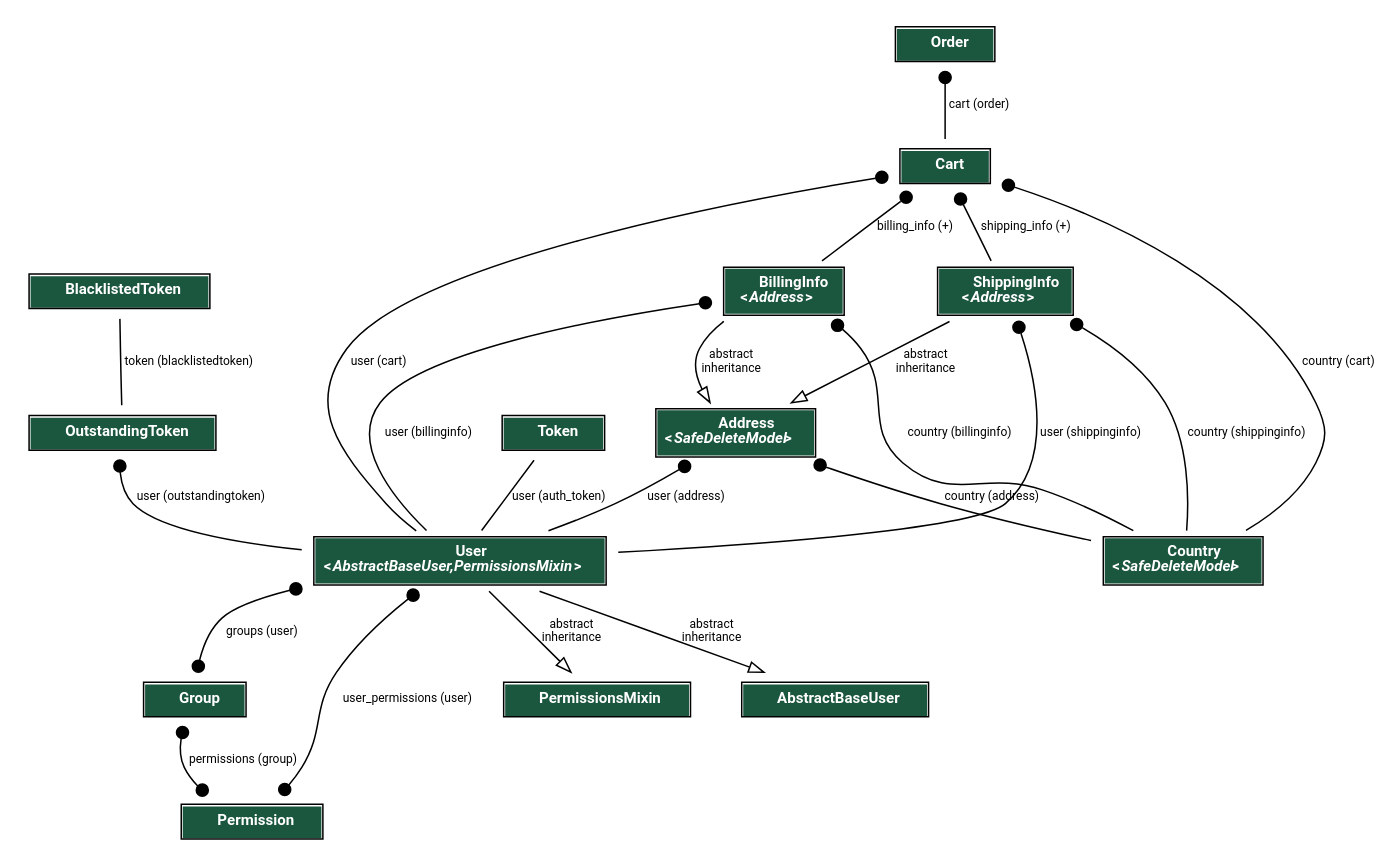
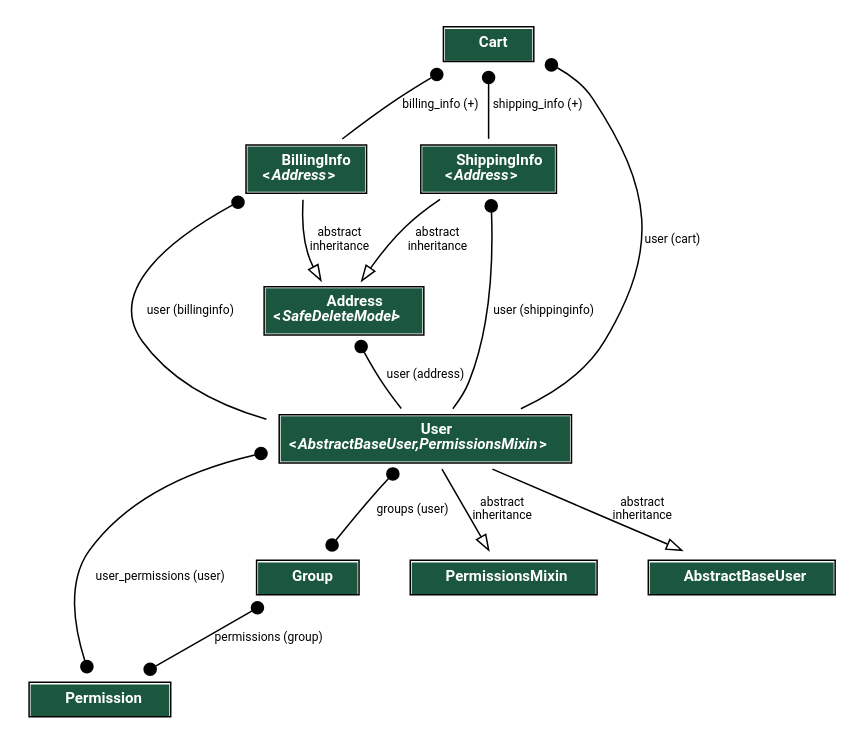
One commit to ecoseller/ecoseller changed the diagram in dev_docs/models/user.dot. Above: the diagram before and after it, drawn with Graphviz. The commit also changed 2 other files, not shown here.

Commit message:
Prog layout change + user model

```diff
--- a/dev_docs/models/user.dot
+++ b/dev_docs/models/user.dot
@@ -59,15 +59,6 @@
      </TABLE>
     >]
 
-  country_models_Country [label=<
-    <TABLE BGCOLOR="white" BORDER="1" CELLBORDER="0" CELLSPACING="0">
-    <TR><TD COLSPAN="2" CELLPADDING="5" ALIGN="CENTER" BGCOLOR="#1b563f">
-    <FONT FACE="Roboto" COLOR="white" POINT-SIZE="10"><B>
-    Country<BR/>&lt;<FONT FACE="Roboto"><I>SafeDeleteModel</I></FONT>&gt;
-    </B></FONT></TD></TR>
-    </TABLE>
-    >]
-
   country_models_BillingInfo [label=<
     <TABLE BGCOLOR="white" BORDER="1" CELLBORDER="0" CELLSPACING="0">
     <TR><TD COLSPAN="2" CELLPADDING="5" ALIGN="CENTER" BGCOLOR="#1b563f">
@@ -86,14 +77,6 @@
     </TABLE>
     >]
 
-  order_models_Order [label=<
-    <TABLE BGCOLOR="white" BORDER="1" CELLBORDER="0" CELLSPACING="0">
-    <TR><TD COLSPAN="2" CELLPADDING="5" ALIGN="CENTER" BGCOLOR="#1b563f">
-    <FONT FACE="Roboto" COLOR="white" POINT-SIZE="10"><B>
-    Order
-    </B></FONT></TD></TR>
-   </TABLE>
-    >]
 
   django_contrib_auth_models_PermissionsMixin [label=<
     <TABLE BGCOLOR="white" BORDER="1" CELLBORDER="0" CELLSPACING="0">
@@ -122,42 +105,12 @@
     </TABLE>
     >]
 
-  rest_framework_authtoken_models_Token [label=<
-    <TABLE BGCOLOR="white" BORDER="1" CELLBORDER="0" CELLSPACING="0">
-    <TR><TD COLSPAN="2" CELLPADDING="5" ALIGN="CENTER" BGCOLOR="#1b563f">
-    <FONT FACE="Roboto" COLOR="white" POINT-SIZE="10"><B>
-    Token
-    </B></FONT></TD></TR>
-   </TABLE>
-    >]
-
-  rest_framework_simplejwt_token_blacklist_models_OutstandingToken [label=<
-    <TABLE BGCOLOR="white" BORDER="1" CELLBORDER="0" CELLSPACING="0">
-    <TR><TD COLSPAN="2" CELLPADDING="5" ALIGN="CENTER" BGCOLOR="#1b563f">
-    <FONT FACE="Roboto" COLOR="white" POINT-SIZE="10"><B>
-    OutstandingToken
-    </B></FONT></TD></TR>
-    </TABLE>
-    >]
-
-  rest_framework_simplejwt_token_blacklist_models_BlacklistedToken [label=<
-    <TABLE BGCOLOR="white" BORDER="1" CELLBORDER="0" CELLSPACING="0">
-    <TR><TD COLSPAN="2" CELLPADDING="5" ALIGN="CENTER" BGCOLOR="#1b563f">
-    <FONT FACE="Roboto" COLOR="white" POINT-SIZE="10"><B>
-    BlacklistedToken
-    </B></FONT></TD></TR>
-    </TABLE>
-    >]
-
 
   // Relations
   django_contrib_auth_models_Group -> django_contrib_auth_models_Permission
   [label=" permissions (group)"] [arrowhead=dot arrowtail=dot, dir=both];
 
 
-
-  cart_models_Cart -> country_models_Country
-  [label=" country (cart)"] [arrowhead=none, arrowtail=dot, dir=both];
 
 
   cart_models_Cart -> user_models_User
@@ -171,20 +124,14 @@
 
 
 
-
   country_models_Address -> user_models_User
   [label=" user (address)"] [arrowhead=none, arrowtail=dot, dir=both];
-
-  country_models_Address -> country_models_Country
-  [label=" country (address)"] [arrowhead=none, arrowtail=dot, dir=both];
 
 
 
   country_models_BillingInfo -> user_models_User
   [label=" user (billinginfo)"] [arrowhead=none, arrowtail=dot, dir=both];
 
-  country_models_BillingInfo -> country_models_Country
-  [label=" country (billinginfo)"] [arrowhead=none, arrowtail=dot, dir=both];
 
   country_models_BillingInfo -> country_models_Address
   [label=" abstract\ninheritance"] [arrowhead=empty, arrowtail=none, dir=both];
@@ -192,15 +139,9 @@
   country_models_ShippingInfo -> user_models_User
   [label=" user (shippinginfo)"] [arrowhead=none, arrowtail=dot, dir=both];
 
-  country_models_ShippingInfo -> country_models_Country
-  [label=" country (shippinginfo)"] [arrowhead=none, arrowtail=dot, dir=both];
-
   country_models_ShippingInfo -> country_models_Address
   [label=" abstract\ninheritance"] [arrowhead=empty, arrowtail=none, dir=both];
 
-
-  order_models_Order -> cart_models_Cart
-  [label=" cart (order)"] [arrowhead=none, arrowtail=dot, dir=both];
 
 
   user_models_User -> django_contrib_auth_models_Group
@@ -215,17 +156,4 @@
   user_models_User -> django_contrib_auth_models_PermissionsMixin
   [label=" abstract\ninheritance"] [arrowhead=empty, arrowtail=none, dir=both];
 
-
-  rest_framework_authtoken_models_Token -> user_models_User
-  [label=" user (auth_token)"] [arrowhead=none, arrowtail=none, dir=both];
-
-
-  rest_framework_simplejwt_token_blacklist_models_OutstandingToken -> user_models_User
-  [label=" user (outstandingtoken)"] [arrowhead=none, arrowtail=dot, dir=both];
-
-  rest_framework_simplejwt_token_blacklist_models_BlacklistedToken -> rest_framework_simplejwt_token_blacklist_models_OutstandingToken
-  [label=" token (blacklistedtoken)"] [arrowhead=none, arrowtail=none, dir=both];
-
-
-
 }
```
